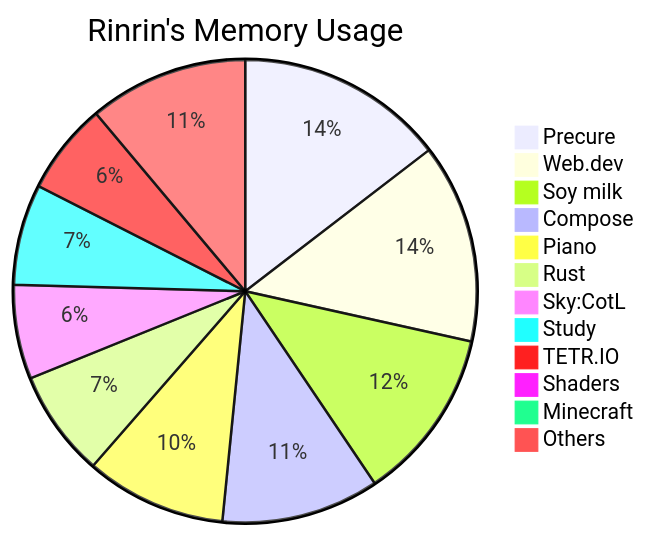
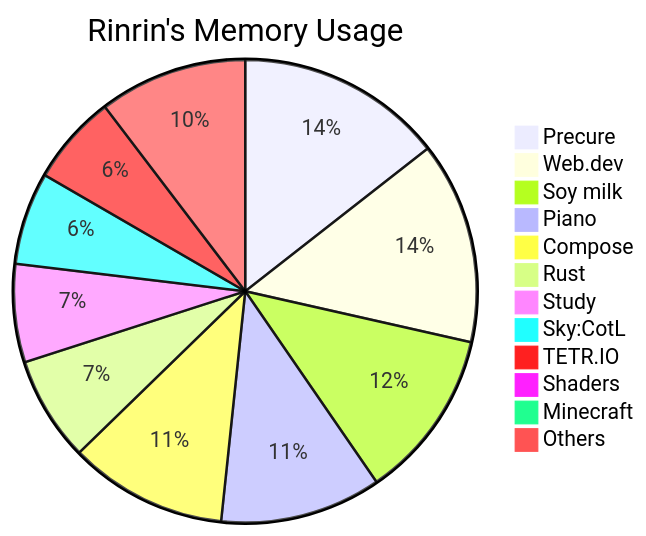
One commit to Rinrin0413/Rinrin0413 changed the diagram in README.md. Above: the diagram before and after it, drawn with Mermaid.

Commit message:
🛠 Update: Rinrin's Memory Usage

````diff
--- a/README.md
+++ b/README.md
@@ -76,15 +76,15 @@
 ```mermaid
 pie title Rinrin's Memory Usage
     "Precure": 590
-    "Web.dev": 563
-    "Soy milk": 489
-    "Compose": 446
-    "Piano": 398
-    "Rust": 302
-    "Sky:CotL": 266
-    "Study": 285
-    "TETR.IO": 259
-    "Shaders": 38
-    "Minecraft": 32
-    "Others": 450
+    "Web.dev": 576
+    "Soy milk": 485
+    "Piano": 460
+    "Compose": 452
+    "Rust": 299
+    "Study": 280
+    "Sky:CotL": 264
+    "TETR.IO": 257
+    "Shaders": 36
+    "Minecraft": 30
+    "Others": 423
 ```
````
